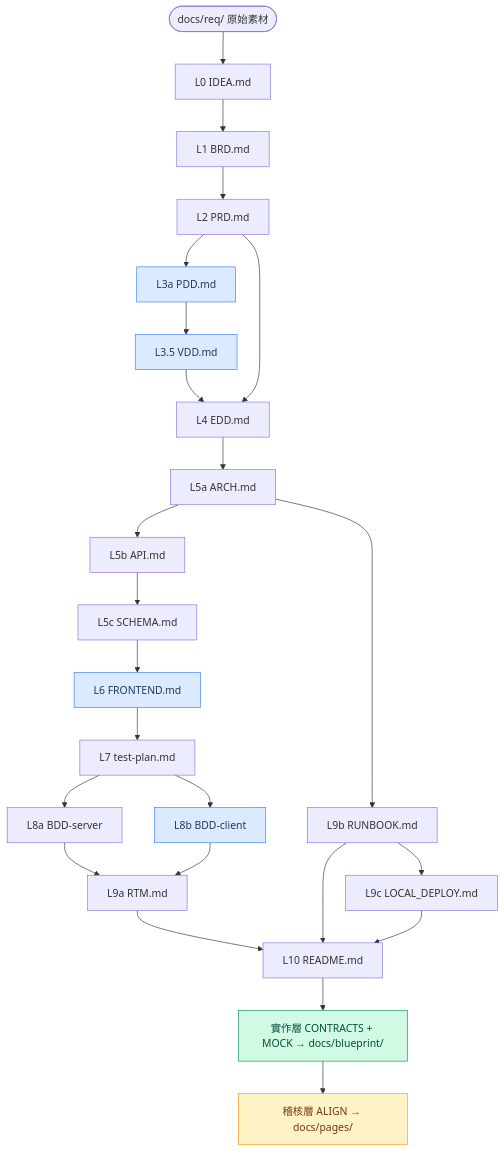
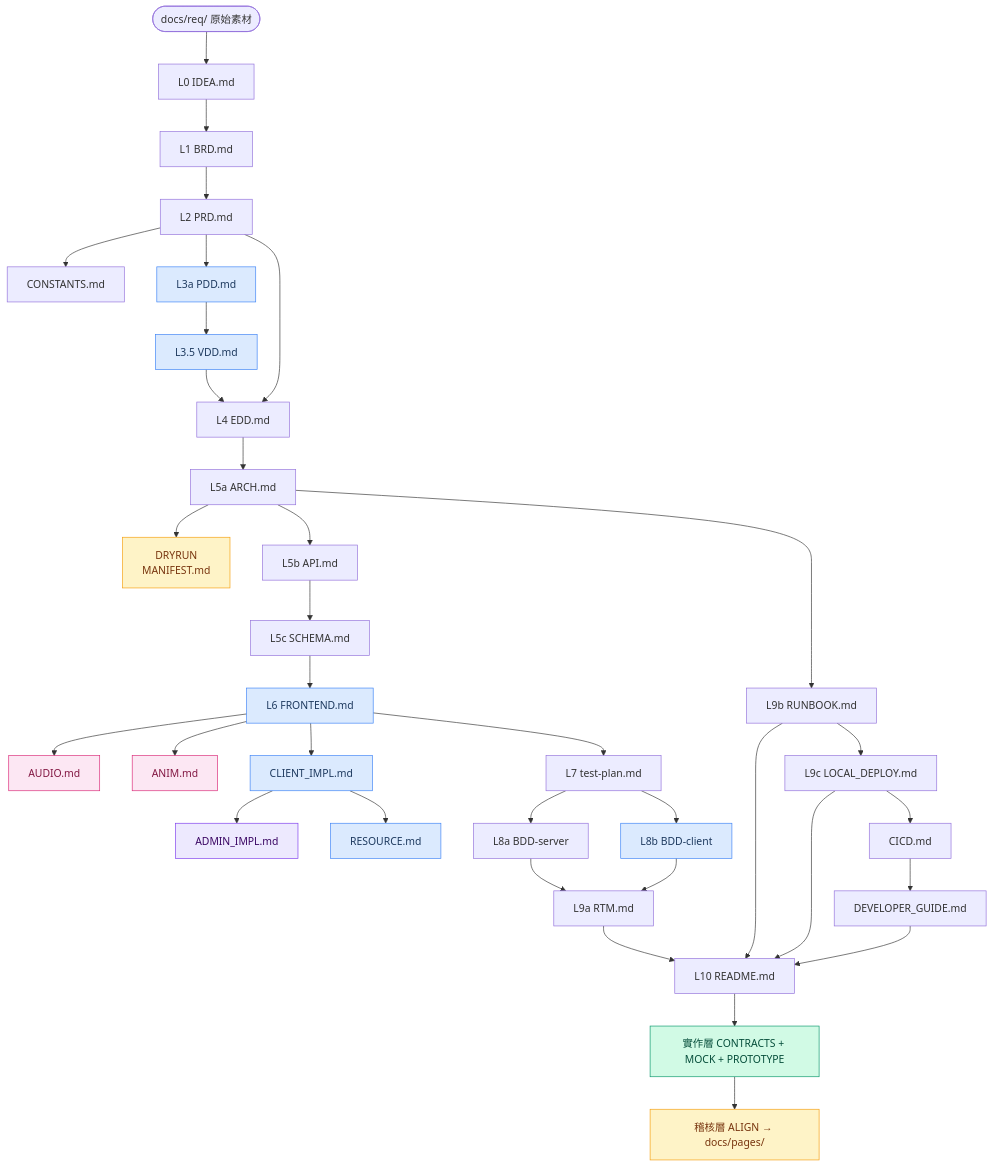
The second of 2 diagrams in README.md (ibalasite/gendoc), drawn with Mermaid before and after one commit. The commit also changed other lines of this file and 7 other files, not shown here.

````diff
--- a/README.md
+++ b/README.md
@@ -235,36 +245,54 @@
 ```mermaid
 graph TD
     REQ([docs/req/ 原始素材])
     L0["L0 IDEA.md"]
     L1["L1 BRD.md"]
     L2["L2 PRD.md"]
+    LCO["CONSTANTS.md"]
     L3a["L3a PDD.md"]:::cond
     L35["L3.5 VDD.md"]:::cond
     L4["L4 EDD.md"]
     L5a["L5a ARCH.md"]
+    LDR["DRYRUN\nMANIFEST.md"]:::spec
     L5b["L5b API.md"]
     L5c["L5c SCHEMA.md"]
     L6["L6 FRONTEND.md"]:::cond
+    L6a["AUDIO.md"]:::game
+    L6b["ANIM.md"]:::game
+    L6c["CLIENT_IMPL.md"]:::cond
+    L6d["ADMIN_IMPL.md"]:::admin
+    L6e["RESOURCE.md"]:::cond
     L7["L7 test-plan.md"]
     L8a["L8a BDD-server"]
     L8b["L8b BDD-client"]:::cond
     L9a["L9a RTM.md"]
     L9b["L9b RUNBOOK.md"]
     L9c["L9c LOCAL_DEPLOY.md"]
+    L9d["CICD.md"]
+    L9e["DEVELOPER_GUIDE.md"]
     L10["L10 README.md"]
-    IMPL["實作層 CONTRACTS + MOCK → docs/blueprint/"]:::impl
+    IMPL["實作層 CONTRACTS + MOCK + PROTOTYPE"]:::impl
     AUDIT["稽核層 ALIGN → docs/pages/"]:::audit
 
     REQ --> L0 --> L1 --> L2
+    L2 --> LCO
     L2 --> L3a --> L35 --> L4
     L2 --> L4
-    L4 --> L5a --> L5b --> L5c --> L6 --> L7
+    L4 --> L5a --> LDR
+    L5a --> L5b --> L5c --> L6 --> L6a & L6b
+    L6 --> L6c
+    L6c --> L6d
+    L6c --> L6e
+    L6 --> L7
     L7 --> L8a --> L9a
     L7 --> L8b --> L9a
-    L5a --> L9b --> L9c
-    L9a & L9b & L9c --> L10 --> IMPL --> AUDIT
+    L5a --> L9b --> L9c --> L9d --> L9e
+    L9a & L9b & L9c & L9e --> L10 --> IMPL --> AUDIT
 
     classDef cond fill:#dbeafe,stroke:#3b82f6,color:#1e3a5f
+    classDef game fill:#fce7f3,stroke:#db2777,color:#831843
+    classDef spec fill:#fef3c7,stroke:#f59e0b,color:#78350f
+    classDef admin fill:#ede9fe,stroke:#7c3aed,color:#3b0764
     classDef audit fill:#fef3c7,stroke:#f59e0b,color:#78350f
     classDef impl fill:#d1fae5,stroke:#059669,color:#064e3b
 ```
````
